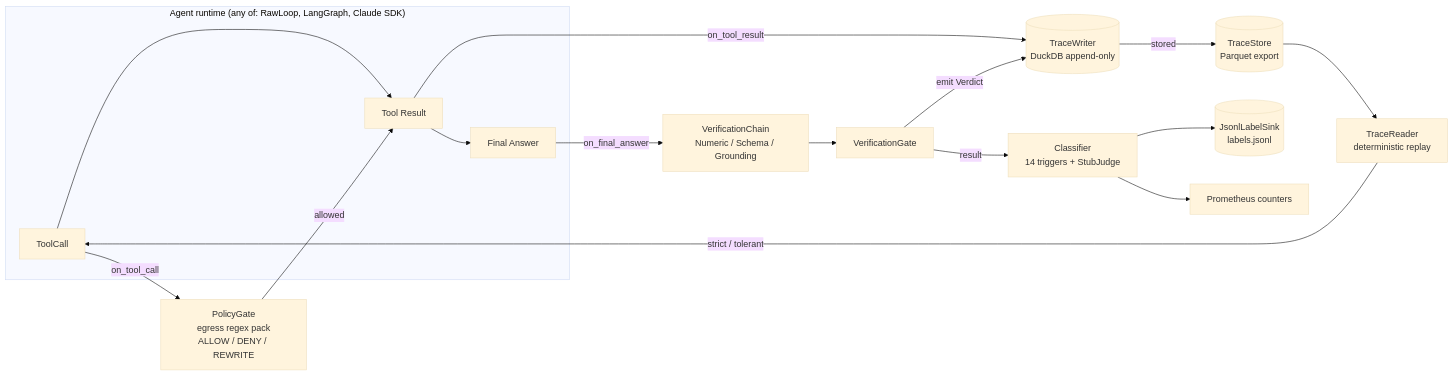
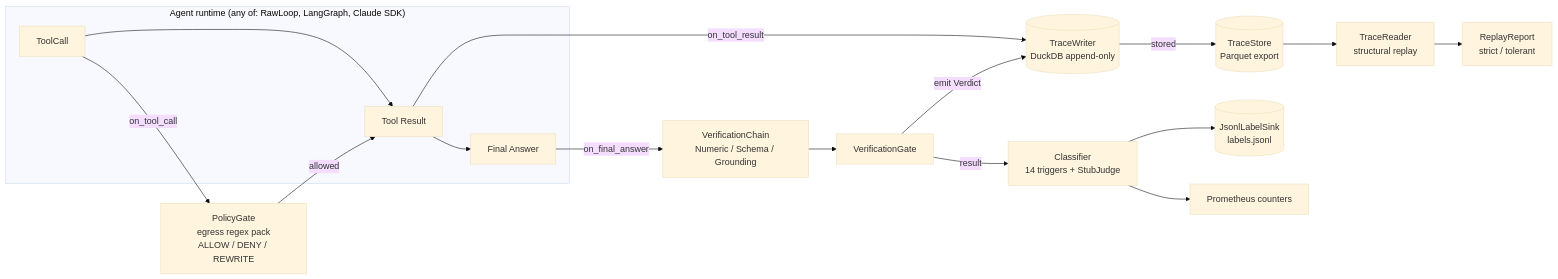
One commit to jrajath94/agentsla changed the diagram in WRITEUP.md. Above: the diagram before and after it, drawn with Mermaid (base theme). The commit also changed other lines of this file and 13 other files, not shown here.

First line of the commit message:
docs: structural-replay honesty pass + frugal cost ladder

````diff
--- a/WRITEUP.md
+++ b/WRITEUP.md
@@ -211,23 +216,23 @@
 ```mermaid
 flowchart LR
     subgraph Agent["Agent runtime (any of: RawLoop, LangGraph, Claude SDK)"]
         A1[ToolCall] --> A2[Tool Result]
         A2 --> A3[Final Answer]
     end
 
     A1 -->|on_tool_call| PG[PolicyGate<br/>egress regex pack<br/>ALLOW / DENY / REWRITE]
     PG -->|allowed| A2
 
     A2 -->|on_tool_result| TW[(TraceWriter<br/>DuckDB append-only)]
     TW -->|stored| TS[(TraceStore<br/>Parquet export)]
 
     A3 -->|on_final_answer| VG[VerificationChain<br/>Numeric / Schema / Grounding]
     VG --> GR[VerificationGate]
     GR -->|emit Verdict| TW
     GR -->|result| CL[Classifier<br/>14 triggers + StubJudge]
     CL --> LS[(JsonlLabelSink<br/>labels.jsonl)]
     CL --> PM[Prometheus counters]
 
-    TS --> RD[TraceReader<br/>deterministic replay]
-    RD -->|strict / tolerant| A1
+    TS --> RD[TraceReader<br/>structural replay]
+    RD --> RR[ReplayReport<br/>strict / tolerant]
 ```
````
